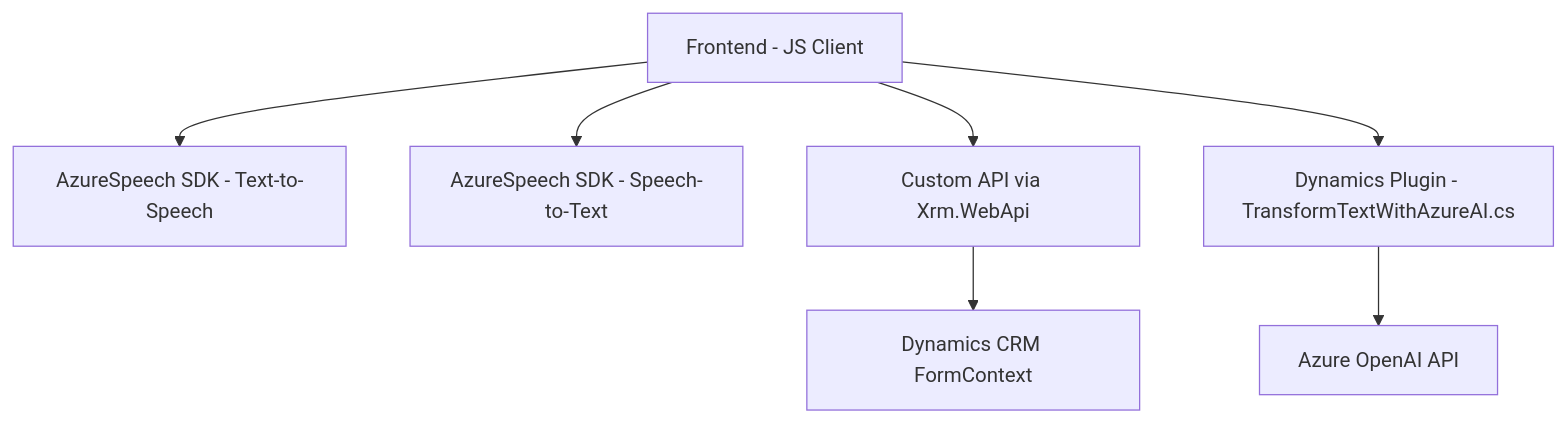
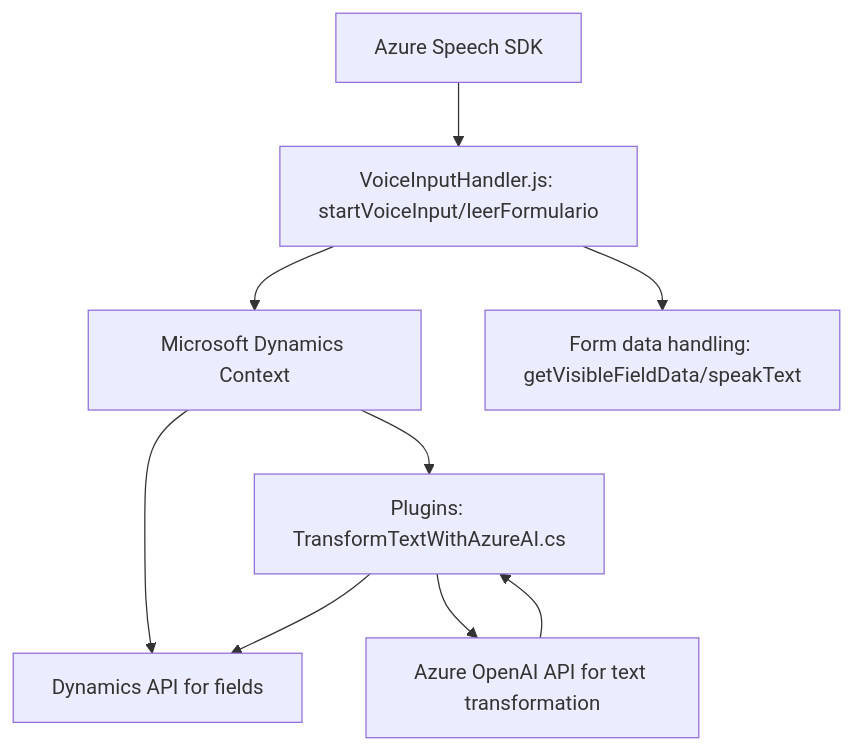
One commit to blopezdm/NETCORE_BILBAO2025 changed the diagram in README.md. Above: the diagram before and after it, drawn with Mermaid. The commit also changed other lines of this file, not shown here.

````diff
--- a/README.md
+++ b/README.md
@@ -45,17 +23,11 @@
 ```mermaid
 graph TD
-    A["Frontend - JS Client"]
-    B["AzureSpeech SDK - Text-to-Speech"]
-    C["AzureSpeech SDK - Speech-to-Text"]
-    D["Custom API via Xrm.WebApi"]
-    E["Dynamics Plugin - TransformTextWithAzureAI.cs"]
-    F["Azure OpenAI API"]
-    G["Dynamics CRM FormContext"]
-
-    A --> B
-    A --> C
-    A --> D
-    D --> G
-    A --> E
-    E --> F
+  A["Azure Speech SDK"] --> B["VoiceInputHandler.js: startVoiceInput/leerFormulario"]
+  B --> C["Microsoft Dynamics Context"]
+  B --> D["Form data handling: getVisibleFieldData/speakText"]
+  C --> E["Dynamics API for fields"]
+  C --> F["Plugins: TransformTextWithAzureAI.cs"]
+  F --> G["Azure OpenAI API for text transformation"]
+  G --> F
+  F --> E
 ```
````
